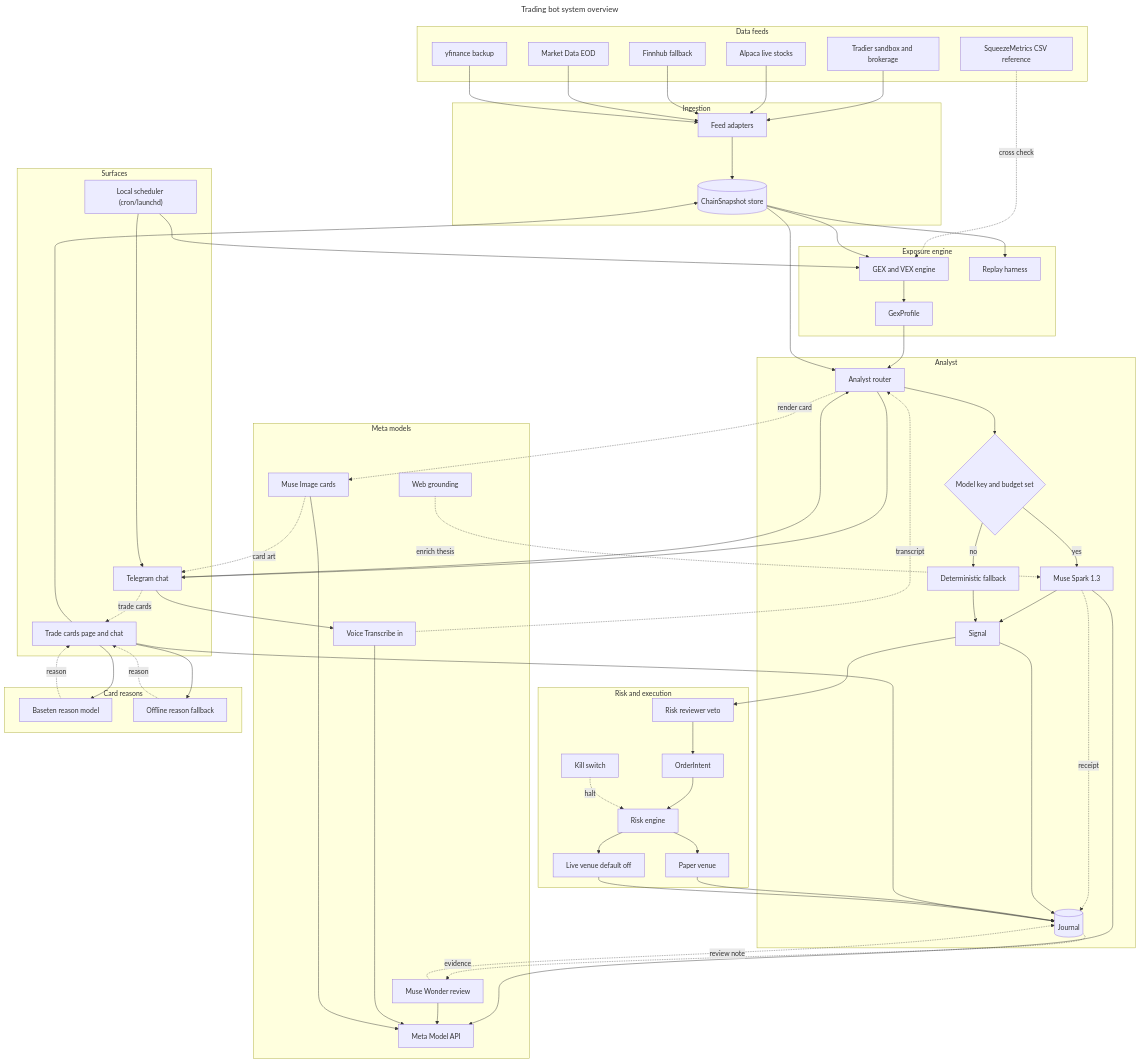
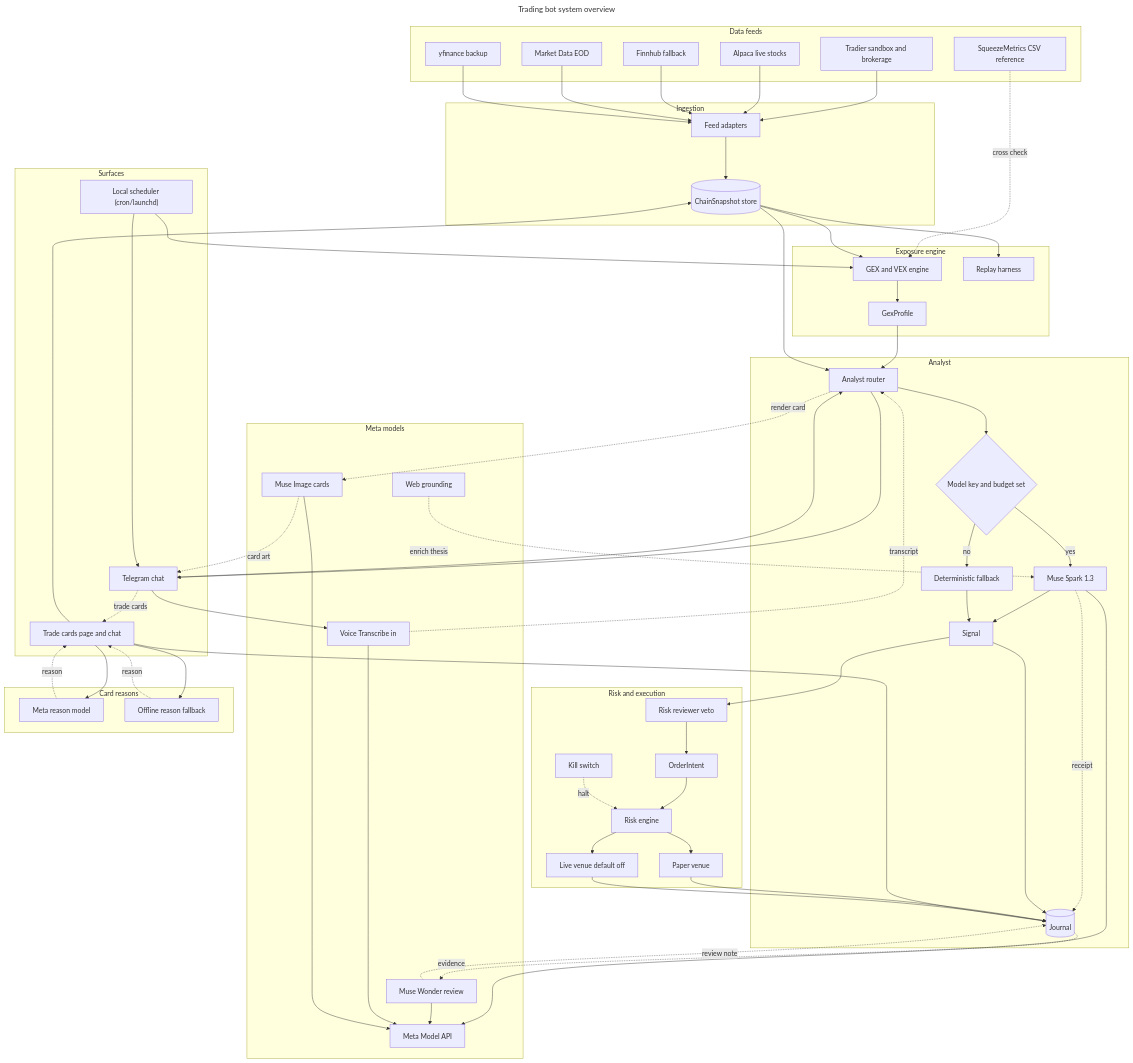
One commit to oherna25/trading_bot_project changed the diagram in diagrams/01-system-overview.mmd. Above: the diagram before and after it, drawn with Mermaid. The commit also changed 31 other files, not shown here.

First line of the commit message:
Paper trading sessions, chart/board pages, router, alerts, earnings, replay

```diff
--- a/diagrams/01-system-overview.mmd
+++ b/diagrams/01-system-overview.mmd
@@ -1,110 +1,110 @@
 ---
 title: Trading bot system overview
 ---
 flowchart TB
     subgraph FEEDS["Data feeds"]
         TRADIER["Tradier sandbox and brokerage"]
         ALPACA["Alpaca live stocks"]
         FINNHUB["Finnhub fallback"]
         EOD["Market Data EOD"]
         YF["yfinance backup"]
         SQZ["SqueezeMetrics CSV reference"]
     end
 
     subgraph INGEST["Ingestion"]
         ADAPT["Feed adapters"]
         STORE[("ChainSnapshot store")]
     end
 
     subgraph ENGINE["Exposure engine"]
         GEX["GEX and VEX engine"]
         PROF["GexProfile"]
         REPLAY["Replay harness"]
     end
 
     subgraph BRAIN["Analyst"]
         LLM["Analyst router"]
         BUDG{"Model key and budget set"}
         SPARK["Muse Spark 1.3"]
         FALL["Deterministic fallback"]
         SIG["Signal"]
         JOUR[("Journal")]
     end
 
     subgraph MODELS["Meta models"]
         API["Meta Model API"]
         GROUND["Web grounding"]
         VOICE["Voice Transcribe in"]
         IMG["Muse Image cards"]
         WONDER["Muse Wonder review"]
     end
 
     subgraph RISK["Risk and execution"]
         REV["Risk reviewer veto"]
         INTENT["OrderIntent"]
         RENG["Risk engine"]
         PAPER["Paper venue"]
         LIVE["Live venue default off"]
         KILL["Kill switch"]
     end
 
     subgraph SURF["Surfaces"]
         CHAT["Telegram chat"]
         CARDS["Trade cards page and chat"]
         CRON["Local scheduler (cron/launchd)"]
     end
 
     subgraph REAS["Card reasons"]
-        BASETEN["Baseten reason model"]
+        META_REASON["Meta reason model"]
         RFALL["Offline reason fallback"]
     end
 
     TRADIER --> ADAPT
     ALPACA --> ADAPT
     FINNHUB --> ADAPT
     EOD --> ADAPT
     YF --> ADAPT
     SQZ -. cross check .-> GEX
     ADAPT --> STORE
     STORE --> GEX
     GEX --> PROF
     STORE --> REPLAY
     PROF --> LLM
     STORE --> LLM
     LLM --> BUDG
     BUDG -->|yes| SPARK
     BUDG -->|no| FALL
     SPARK --> API
     GROUND -. enrich thesis .-> SPARK
     SPARK --> SIG
     FALL --> SIG
     SPARK -. receipt .-> JOUR
     SIG --> JOUR
     SIG --> REV
     REV --> INTENT
     INTENT --> RENG
     RENG --> PAPER
     RENG --> LIVE
     PAPER --> JOUR
     LIVE --> JOUR
     KILL -. halt .-> RENG
     JOUR -. evidence .-> WONDER
     WONDER --> API
     WONDER -. review note .-> JOUR
     CHAT --> VOICE
     VOICE --> API
     VOICE -. transcript .-> LLM
     LLM -. render card .-> IMG
     IMG --> API
     IMG -. card art .-> CHAT
     CRON --> GEX
     CRON --> CHAT
     CHAT --> LLM
     LLM --> CHAT
     CHAT -. trade cards .-> CARDS
     CARDS --> STORE
     CARDS --> JOUR
-    CARDS --> BASETEN
+    CARDS --> META_REASON
     CARDS --> RFALL
-    BASETEN -. reason .-> CARDS
+    META_REASON -. reason .-> CARDS
     RFALL -. reason .-> CARDS
```
